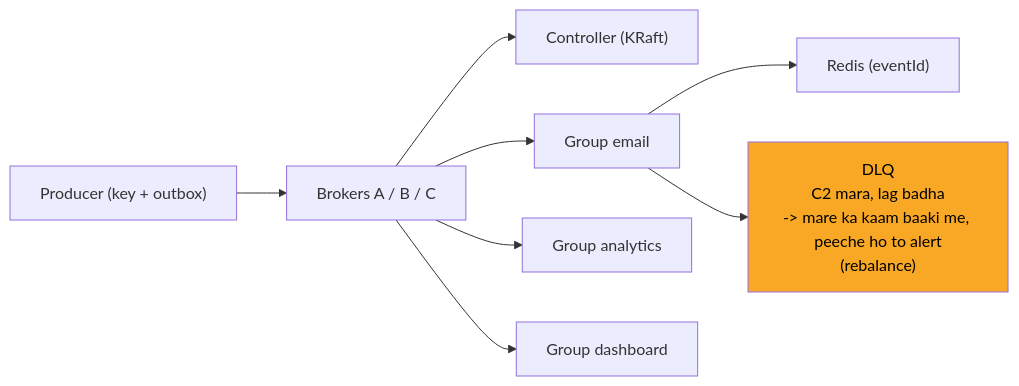
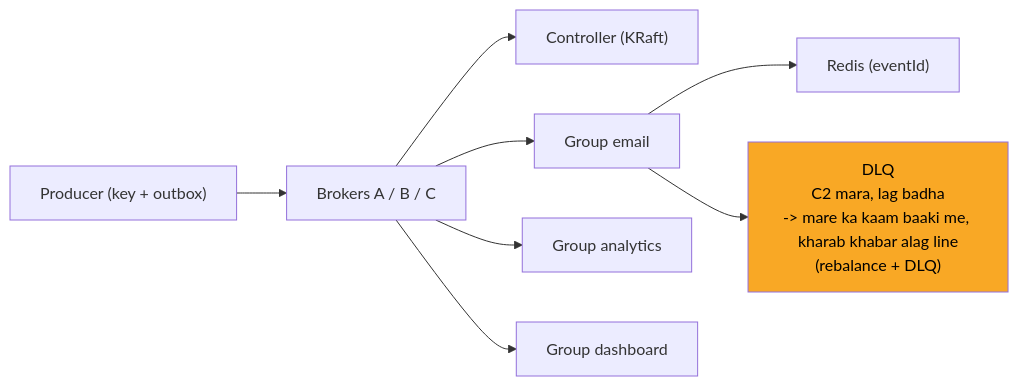
Before and after one commit to ArpanMaheshwari144/Prep: the tenth of 12 diagrams in 04_HLD/SYSTEM_DESIGNS/12_message_queue_kafka/12_message_queue_kafka.md, drawn with Mermaid. The commit also changed other lines of this file and 10 other files, not shown here.

````diff
--- a/04_HLD/SYSTEM_DESIGNS/12_message_queue_kafka/12_message_queue_kafka.md
+++ b/04_HLD/SYSTEM_DESIGNS/12_message_queue_kafka/12_message_queue_kafka.md
@@ -321,19 +322,19 @@
 ```mermaid
 flowchart LR
     n_P["Producer (key + outbox)"]
     n_B["Brokers A / B / C"]
     n_K["Controller (KRaft)"]
     n_GE["Group email"]
     n_R["Redis (eventId)"]
-    n_DLQ["DLQ<br/>C2 mara, lag badha<br/>-> mare ka kaam baaki me, peeche ho to alert<br/>(rebalance)"]
+    n_DLQ["DLQ<br/>C2 mara, lag badha<br/>-> mare ka kaam baaki me, kharab khabar alag line<br/>(rebalance + DLQ)"]
     n_GA["Group analytics"]
     n_GD["Group dashboard"]
     n_P --> n_B
     n_B --> n_K
     n_B --> n_GE
     n_B --> n_GA
     n_B --> n_GD
     n_GE --> n_R
     n_GE --> n_DLQ
     style n_DLQ fill:#f9a825,color:#000
 ```
````
